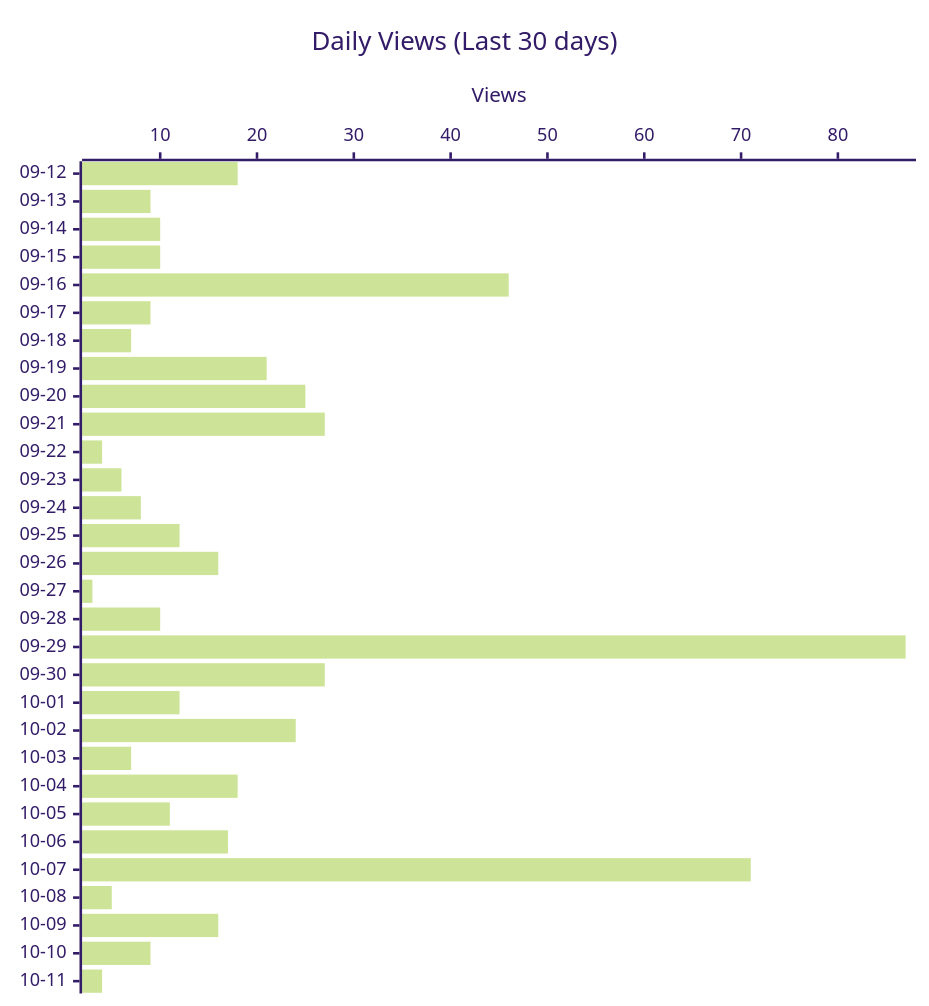
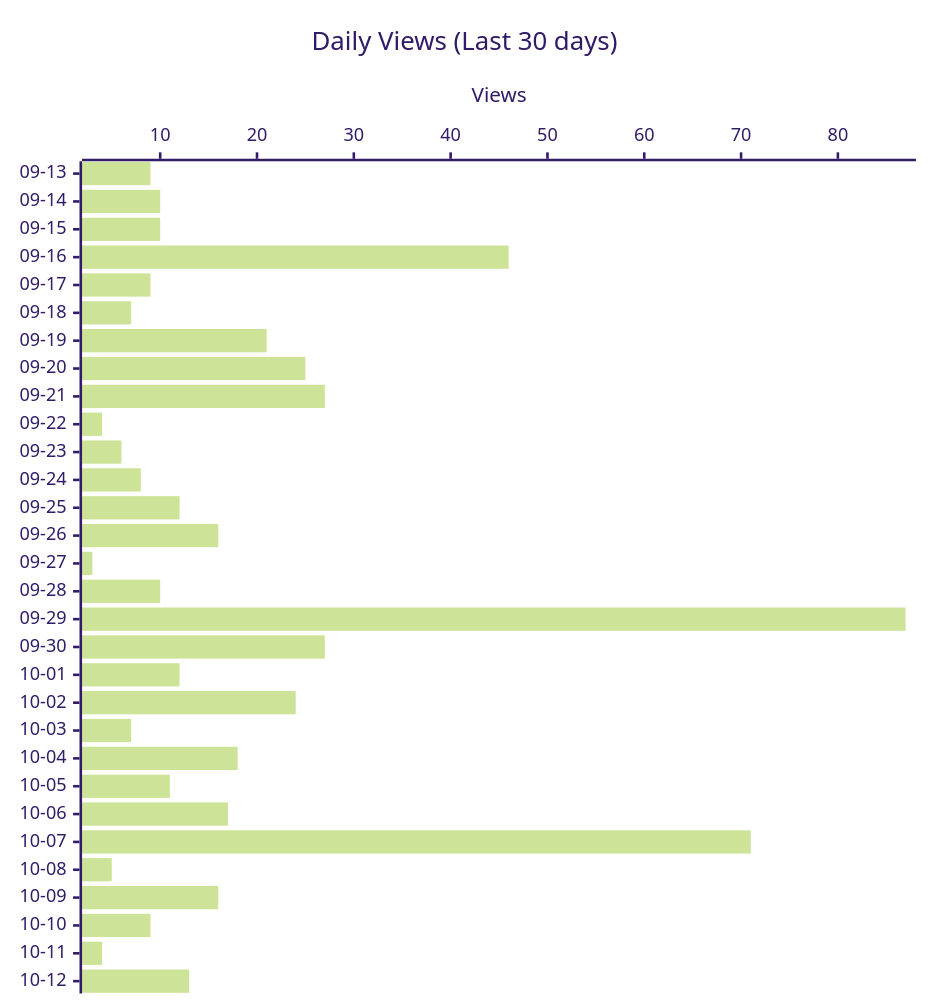
Before and after one commit to shigechika/github-insights: the second of 4 diagrams in README.md, drawn with Mermaid (forest theme). The commit also changed other lines of this file and 2 other files, not shown here.

````diff
--- a/README.md
+++ b/README.md
@@ -28,12 +28,12 @@
 ```mermaid
 ---
 config:
   xyChart:
     height: 760
 ---
 xychart-beta horizontal
     title "Daily Views (Last 30 days)"
-    x-axis ["09-12", "09-13", "09-14", "09-15", "09-16", "09-17", "09-18", "09-19", "09-20", "09-21", "09-22", "09-23", "09-24", "09-25", "09-26", "09-27", "09-28", "09-29", "09-30", "10-01", "10-02", "10-03", "10-04", "10-05", "10-06", "10-07", "10-08", "10-09", "10-10", "10-11"]
+    x-axis ["09-13", "09-14", "09-15", "09-16", "09-17", "09-18", "09-19", "09-20", "09-21", "09-22", "09-23", "09-24", "09-25", "09-26", "09-27", "09-28", "09-29", "09-30", "10-01", "10-02", "10-03", "10-04", "10-05", "10-06", "10-07", "10-08", "10-09", "10-10", "10-11", "10-12"]
     y-axis "Views"
-    bar [18, 9, 10, 10, 46, 9, 7, 21, 25, 27, 4, 6, 8, 12, 16, 3, 10, 87, 27, 12, 24, 7, 18, 11, 17, 71, 5, 16, 9, 4]
+    bar [9, 10, 10, 46, 9, 7, 21, 25, 27, 4, 6, 8, 12, 16, 3, 10, 87, 27, 12, 24, 7, 18, 11, 17, 71, 5, 16, 9, 4, 13]
 ```
````
